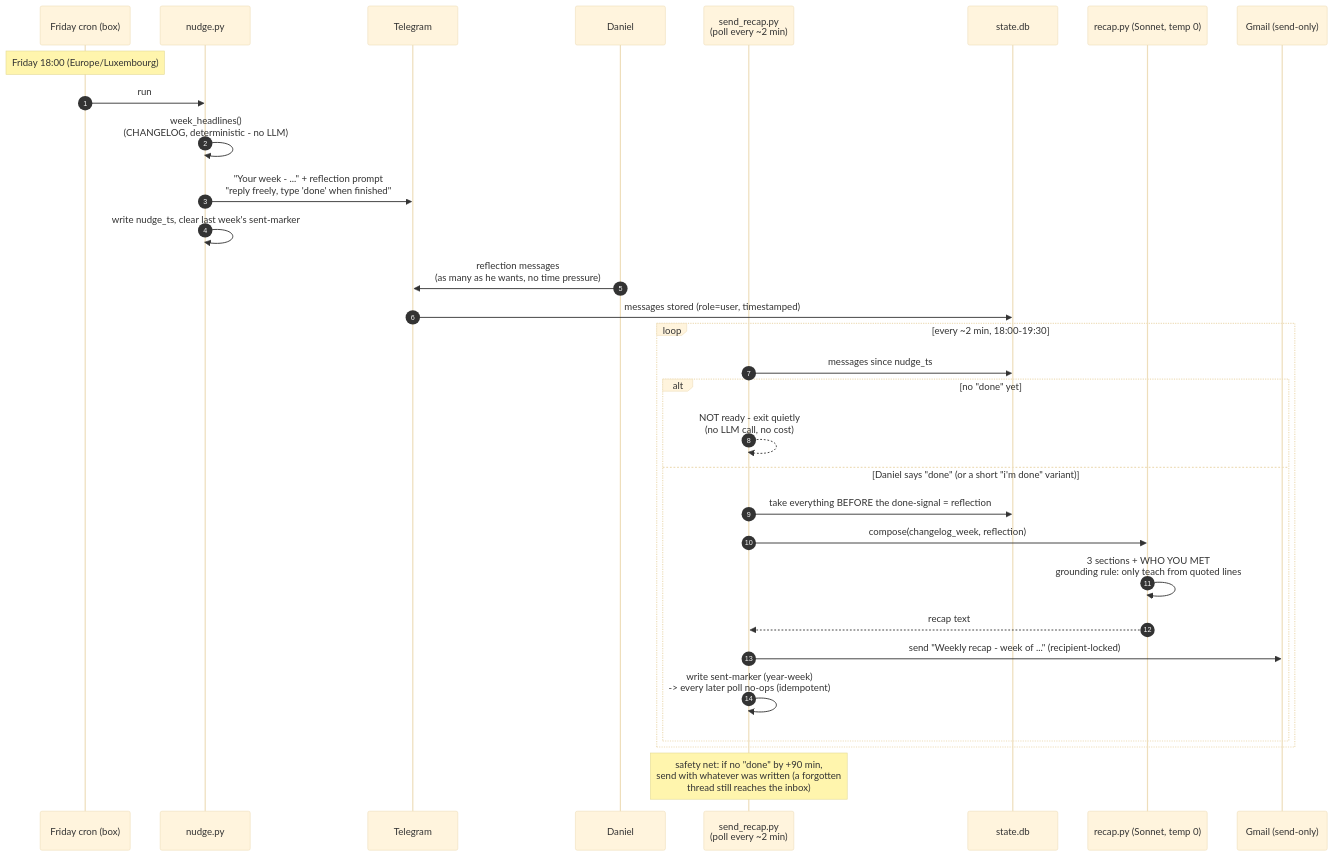
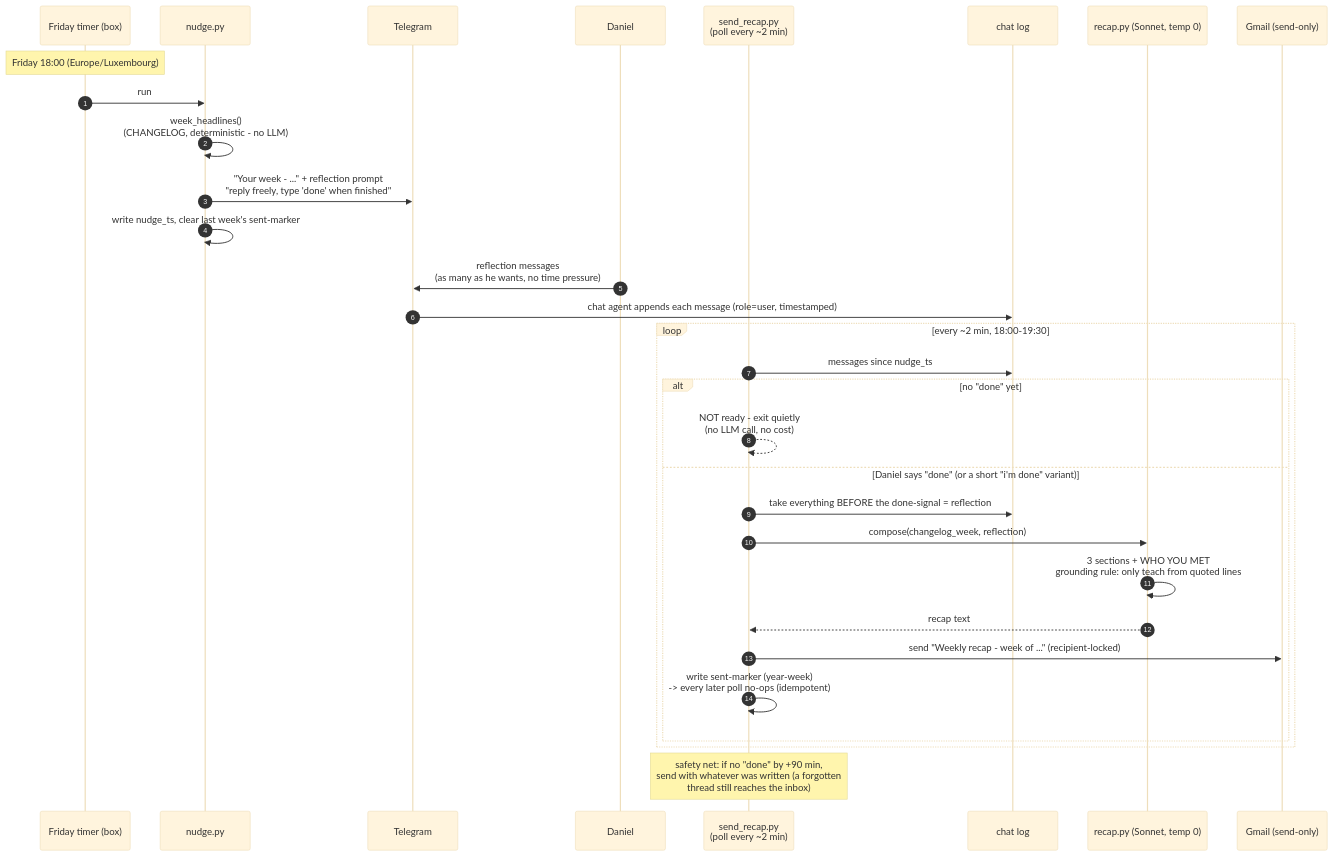
Before and after one commit to danielpuri1901/twin-mind: the diagram in agents/weekly-recap/FLOW.md, drawn with Mermaid (base theme). The commit also changed other lines of this file and 4 other files, not shown here.

````diff
--- a/agents/weekly-recap/FLOW.md
+++ b/agents/weekly-recap/FLOW.md
@@ -6,37 +6,37 @@
 ```mermaid
 sequenceDiagram
     autonumber
-    participant CRON as Friday cron (box)
+    participant CRON as Friday timer (box)
     participant NUDGE as nudge.py
     participant TG as Telegram
     participant D as Daniel
     participant POLL as send_recap.py<br/>(poll every ~2 min)
-    participant DB as state.db
+    participant DB as chat log
     participant COMPOSE as recap.py (Sonnet, temp 0)
     participant MAIL as Gmail (send-only)
 
     Note over CRON: Friday 18:00 (Europe/Luxembourg)
     CRON->>NUDGE: run
     NUDGE->>NUDGE: week_headlines()<br/>(CHANGELOG, deterministic - no LLM)
     NUDGE->>TG: "Your week - ..." + reflection prompt<br/>"reply freely, type 'done' when finished"
     NUDGE->>NUDGE: write nudge_ts, clear last week's sent-marker
 
     D->>TG: reflection messages<br/>(as many as he wants, no time pressure)
-    TG->>DB: messages stored (role=user, timestamped)
+    TG->>DB: chat agent appends each message (role=user, timestamped)
 
     loop every ~2 min, 18:00-19:30
         POLL->>DB: messages since nudge_ts
         alt no "done" yet
             POLL-->>POLL: NOT ready - exit quietly<br/>(no LLM call, no cost)
         else Daniel says "done" (or a short "i'm done" variant)
             POLL->>DB: take everything BEFORE the done-signal = reflection
             POLL->>COMPOSE: compose(changelog_week, reflection)
             COMPOSE->>COMPOSE: 3 sections + WHO YOU MET<br/>grounding rule: only teach from quoted lines
             COMPOSE-->>POLL: recap text
             POLL->>MAIL: send "Weekly recap - week of ..." (recipient-locked)
             POLL->>POLL: write sent-marker (year-week)<br/>-> every later poll no-ops (idempotent)
         end
     end
 
     Note over POLL: safety net: if no "done" by +90 min,<br/>send with whatever was written (a forgotten<br/>thread still reaches the inbox)
 ```
````
